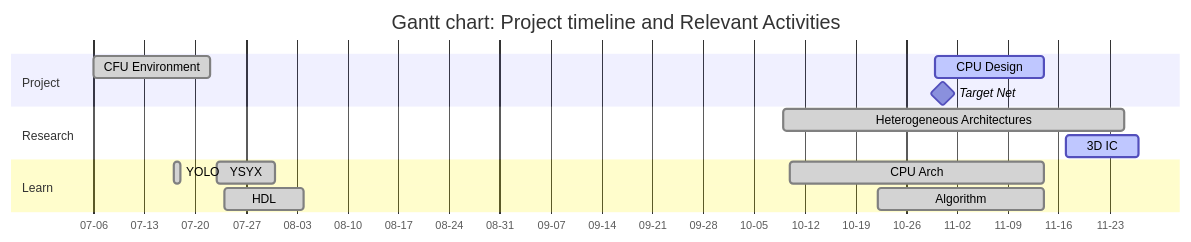
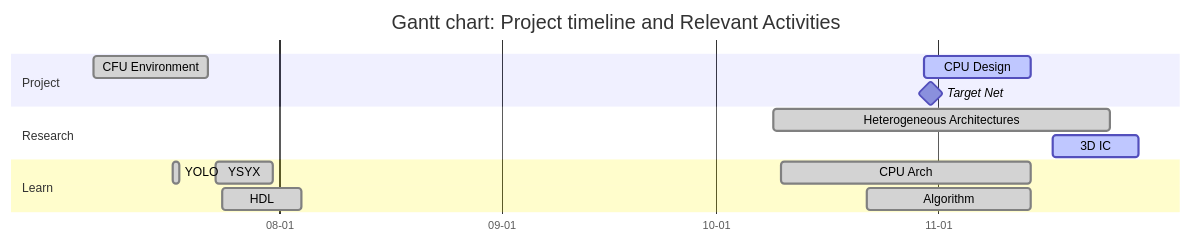
The first of 2 diagrams in tinyml/index.qmd (Marcobisky/Marcobisky.github.io), drawn with Mermaid before and after one commit. The commit also changed 5 other files, not shown here.

````diff
--- a/tinyml/index.qmd
+++ b/tinyml/index.qmd
@@ -48,32 +48,32 @@
 ```{mermaid}
 ---
 displayMode: compact
 ---
 %%| label: fig-timeline
 %%| fig-cap: "Gantt Chart"
 %%| fig-width: 10
 %%| fig-height: 6
 
 gantt
     title Gantt chart: Project timeline and Relevant Activities
     dateFormat  YYYY-MM-DD
     axisFormat  %m-%d
     tickInterval 14d
 
     section Project
         CFU Environment :done, 2025-07-06, 2025-07-22
         Target Net :milestone, 2025-10-31, 0d
         CPU Design :active, 2025-10-30, 2025-11-14
 
     section Research
         Heterogeneous Architectures :done, 2025-10-09, 2025-11-25
-        3D IC :active, 2025-11-17, 2025-11-27
+        3D IC :active, 2025-11-17, 2025-11-29
 
     section Learn
         YSYX :done, 2025-07-23, 2025-07-31
         HDL :done, 2025-07-24, 2025-08-04
         YOLO :done, 2025-07-17, 1d
         CPU Arch :done, 2025-10-10, 2025-11-14
         Algorithm :done, 2025-10-22, 2025-11-14
 
 ```
````
